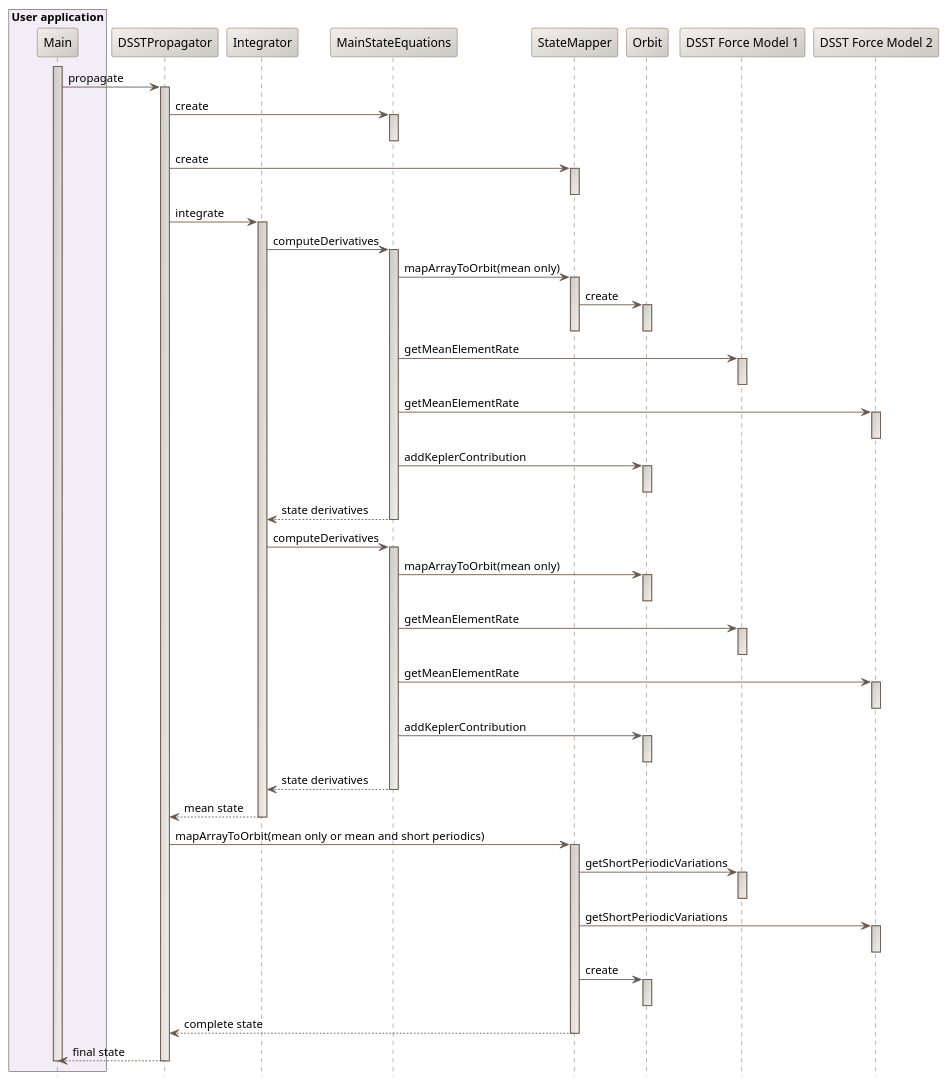
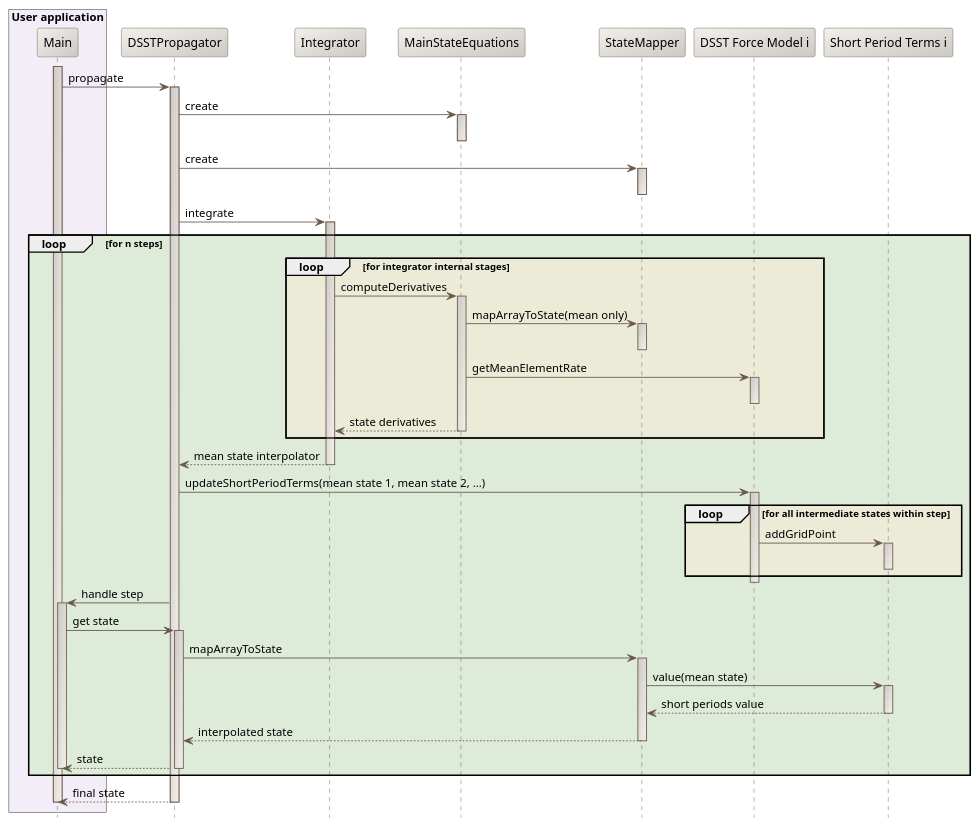
The diagram in src/design/dsst-propagation-sequence-diagram.puml (CS-SI/Orekit), drawn with PlantUML before and after one commit. The commit also changed 6 other files, not shown here.

Commit message:
Fixed wrong design diagram.

```diff
--- a/src/design/dsst-propagation-sequence-diagram.puml
+++ b/src/design/dsst-propagation-sequence-diagram.puml
@@ -17,94 +17,82 @@
 @startuml
 
   skinparam svek                                true
   skinparam NoteBackgroundColor                 #F3EFEB
   skinparam NoteBorderColor                     #691616
   skinparam NoteFontColor                       #691616
   skinparam SequenceActorBorderColor            #6A584B
   skinparam SequenceParticipantBackgroundColor  #F3EFEB/CCC9C5
   skinparam SequenceParticipantBorderColor      #6A584B
   skinparam SequenceLifeLineBackgroundColor     #CCC9C5/F3EFEB
   skinparam SequenceLifeLineBorderColor         #6A584B
   skinparam SequenceArrowColor                  #6A584B
   skinparam SequenceBorderColor                 #6A584B
   skinparam SequenceFontSize                    11
 
   hide footbox
 
   box "User application" #F3EDF7
     participant "Main" as M
   end box
   participant DSSTPropagator
   participant Integrator
   participant MainStateEquations
   participant StateMapper
-  participant Orbit
-  participant "DSST Force Model 1" as F1
-  participant "DSST Force Model 2" as F2
+  participant "DSST Force Model i" as Fi
+  participant "Short Period Terms i" as SPi
 
   activate M
   M          -> DSSTPropagator : propagate
     activate DSSTPropagator
     DSSTPropagator -> MainStateEquations : create
       activate MainStateEquations
       deactivate MainStateEquations
     DSSTPropagator -> StateMapper : create
       activate StateMapper
       deactivate StateMapper
     DSSTPropagator -> Integrator : integrate
+      loop #DDEBD8 for n steps
       activate Integrator
+      loop #ECEBD8 for integrator internal stages
       Integrator -> MainStateEquations : computeDerivatives
         activate MainStateEquations
-        MainStateEquations -> StateMapper : mapArrayToOrbit(mean only)
+        MainStateEquations -> StateMapper : mapArrayToState(mean only)
           activate StateMapper
-          StateMapper -> Orbit : create
-            activate Orbit
-            deactivate Orbit
           deactivate StateMapper
-        MainStateEquations -> F1 : getMeanElementRate
-          activate F1
-          deactivate F1
-        MainStateEquations -> F2 : getMeanElementRate
-          activate F2
-          deactivate F2
-        MainStateEquations -> Orbit : addKeplerContribution
-          activate Orbit
-          deactivate Orbit
+        MainStateEquations -> Fi : getMeanElementRate
+          activate Fi
+          deactivate Fi
         MainStateEquations --> Integrator : state derivatives
         deactivate MainStateEquations
-      Integrator -> MainStateEquations : computeDerivatives
-        activate MainStateEquations
-        MainStateEquations -> Orbit : mapArrayToOrbit(mean only)
-          activate Orbit
-          deactivate Orbit
-        MainStateEquations -> F1 : getMeanElementRate
-          activate F1
-          deactivate F1
-        MainStateEquations -> F2 : getMeanElementRate
-          activate F2
-          deactivate F2
-        MainStateEquations -> Orbit : addKeplerContribution
-          activate Orbit
-          deactivate Orbit
-        MainStateEquations --> Integrator : state derivatives
-        deactivate MainStateEquations
-      Integrator --> DSSTPropagator : mean state
+      end
+      Integrator --> DSSTPropagator : mean state interpolator
       deactivate Integrator
-      DSSTPropagator -> StateMapper : mapArrayToOrbit(mean only or mean and short periodics)
+      DSSTPropagator -> Fi : updateShortPeriodTerms(mean state 1, mean state 2, ...)
+        activate Fi
+        loop #ECEBD8 for all intermediate states within step
+        Fi -> SPi : addGridPoint
+          activate SPi
+          deactivate SPi
+        end
+        deactivate Fi
+      DSSTPropagator -> M : handle step
+      activate M
+      M -> DSSTPropagator : get state
+      activate DSSTPropagator
+      DSSTPropagator -> StateMapper : mapArrayToState
         activate StateMapper
-        StateMapper -> F1 : getShortPeriodicVariations
-          activate F1
-          deactivate F1
-        StateMapper -> F2 : getShortPeriodicVariations
-          activate F2
-          deactivate F2
-        StateMapper -> Orbit : create
-          activate Orbit
-          deactivate Orbit
-        StateMapper --> DSSTPropagator : complete state
+        StateMapper -> SPi : value(mean state)
+          activate SPi
+          SPi --> StateMapper : short periods value
+          deactivate SPi
+        StateMapper --> DSSTPropagator : interpolated state
         deactivate StateMapper
+      DSSTPropagator --> M : state
+     deactivate DSSTPropagator
+     deactivate M
+     end
     DSSTPropagator --> M : final state
     deactivate DSSTPropagator
   deactivate M
 
 @enduml
```
